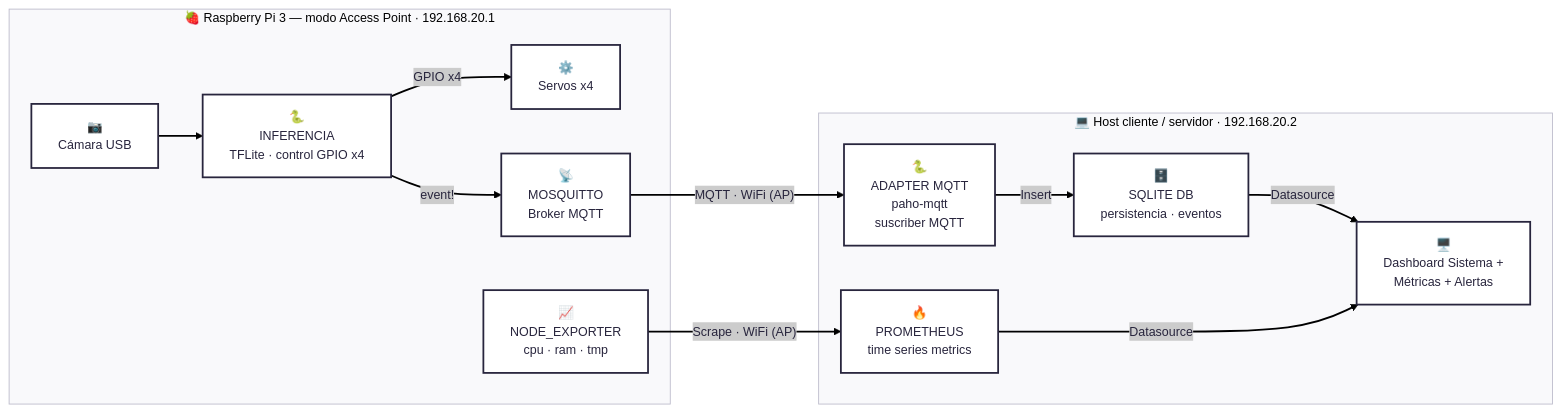
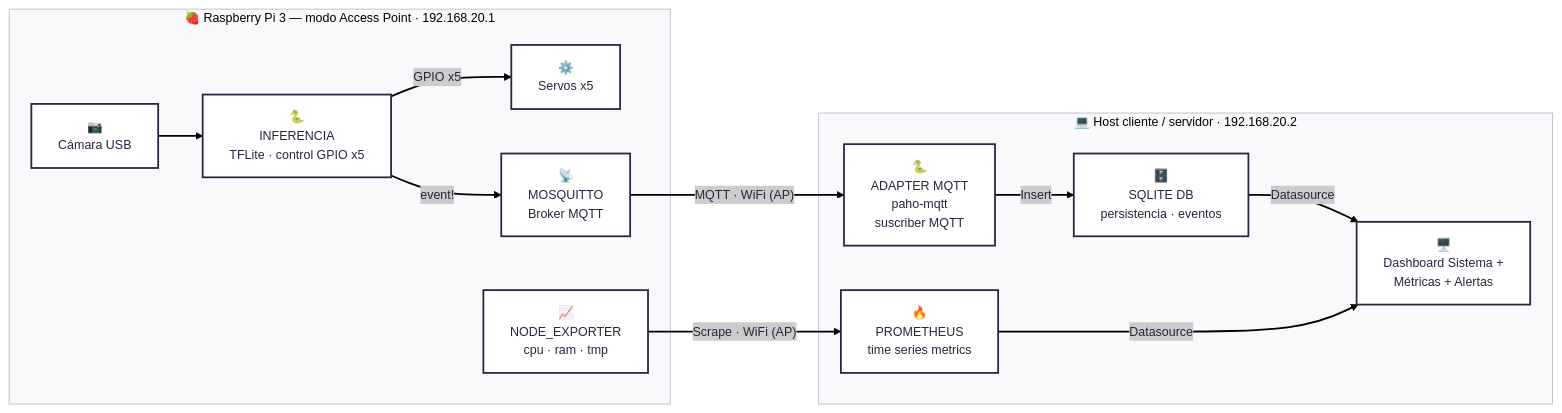
One commit to tpII/2026-g5-ecosort changed the diagram in docs/diagramas/arquitectura.mmd. Above: the diagram before and after it, drawn with Mermaid. The commit also changed 2 other files, not shown here.

```diff
--- a/docs/diagramas/arquitectura.mmd
+++ b/docs/diagramas/arquitectura.mmd
@@ -1,29 +1,29 @@
 ---
 config:
   theme: redux
 ---
 flowchart LR
      subgraph PI["🍓 Raspberry Pi 3 — modo Access Point · 192.168.20.1"]
         CAM["📷 <br/> Cámara USB"]
-        SERVOS["⚙️ <br/>Servos x4"]
-        INF["🐍 <br/> INFERENCIA<br/>TFLite · control GPIO x4"]
+        SERVOS["⚙️ <br/>Servos x5"]
+        INF["🐍 <br/> INFERENCIA<br/>TFLite · control GPIO x5"]
         MOSQ["📡 <br/>MOSQUITTO<br/>Broker MQTT"]
         NODEEXP["📈 <br/> NODE_EXPORTER<br/>cpu · ram · tmp"]
 
         CAM --> INF
-        INF -->|GPIO x4| SERVOS
+        INF -->|GPIO x5| SERVOS
         INF -->|event!| MOSQ
     end
 
     subgraph HOST["💻 Host cliente / servidor · 192.168.20.2"]
         ADAPTER["🐍 <br/>ADAPTER MQTT<br/>paho-mqtt<br/>suscriber MQTT"]
         SQLITE["🗄️ <br/> SQLITE DB<br/>persistencia · eventos"]
         PROM["🔥 <br/>PROMETHEUS<br/>time series metrics"]
         DASH["🖥️ <br/>Dashboard Sistema +<br/>Métricas + Alertas"]
         ADAPTER -->|Insert| SQLITE
         SQLITE -->|Datasource| DASH
         PROM -->|Datasource| DASH
     end
 
     MOSQ -->|"MQTT · WiFi (AP)"| ADAPTER
     NODEEXP -->|"Scrape · WiFi (AP)"| PROM
```
